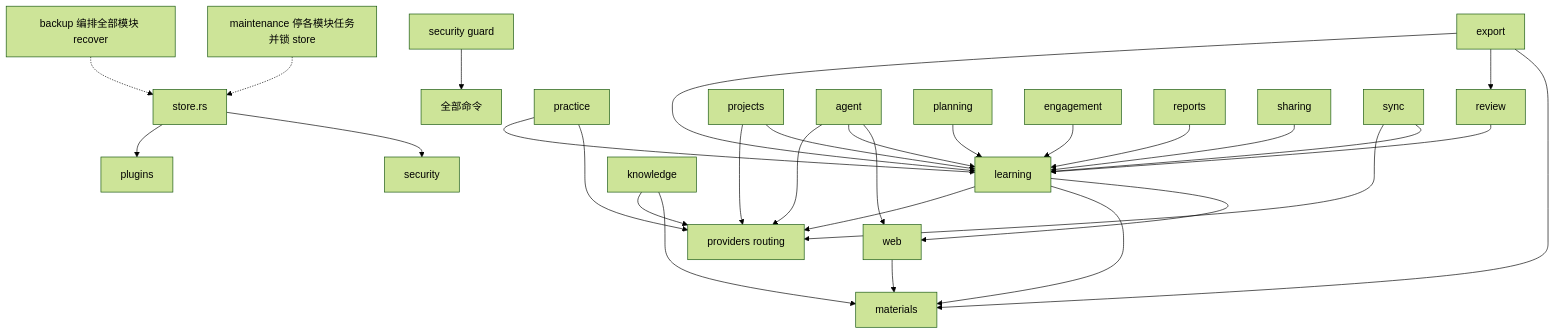
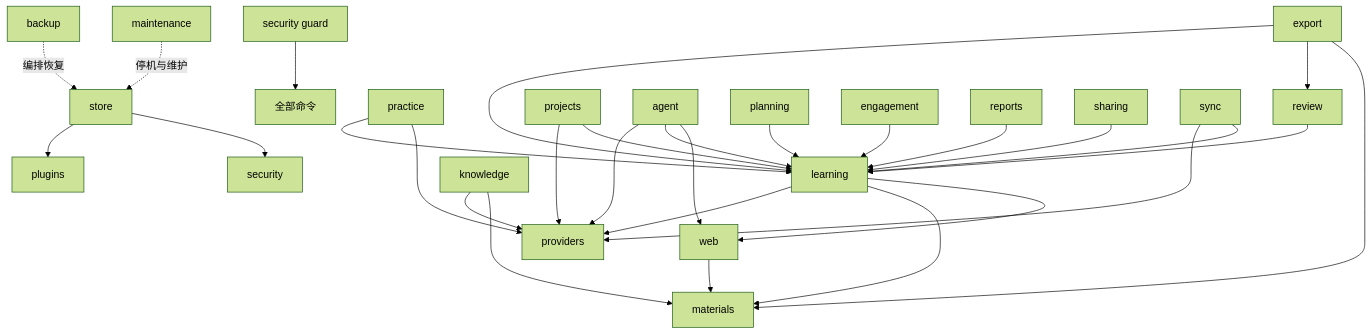
The fifth of 5 diagrams in docs/architecture/01-architecture.md (hershate/Deep-tutor), drawn with Mermaid (forest theme) before and after one commit. The commit also changed other lines of this file and 5 other files, not shown here.

````diff
--- a/docs/architecture/01-architecture.md
+++ b/docs/architecture/01-architecture.md
@@ -225,31 +200,31 @@
 ```mermaid
 graph TD
-    STORE[store.rs] --> PLUGINS[plugins]
+    STORE[store] --> PLUGINS[plugins]
     STORE --> SECURITY[security]
     SEC_GUARD[security guard] --> ALL[全部命令]
-    LEARNING[learning] --> PROVIDERS[providers routing]
+    LEARNING[learning] --> PROVIDERS[providers]
     LEARNING --> MATERIALS[materials]
     LEARNING --> WEB[web]
     PRACTICE[practice] --> LEARNING
     PRACTICE --> PROVIDERS
     REVIEW[review] --> LEARNING
     PROJECTS[projects] --> PROVIDERS
     PROJECTS --> LEARNING
     AGENT[agent] --> PROVIDERS
     AGENT --> LEARNING
     AGENT --> WEB
     KNOWLEDGE[knowledge] --> PROVIDERS
     KNOWLEDGE --> MATERIALS
     PLANNING[planning] --> LEARNING
     ENGAGEMENT[engagement] --> LEARNING
     REPORTS[reports] --> LEARNING
     SHARING[sharing] --> LEARNING
     SYNC[sync] --> PROVIDERS
     SYNC --> LEARNING
-    BACKUP[backup 编排全部模块 recover] -.-> STORE
-    MAINT[maintenance 停各模块任务并锁 store] -.-> STORE
     WEB --> MATERIALS
     EXPORT[export] --> LEARNING
     EXPORT --> REVIEW
     EXPORT --> MATERIALS
+    BACKUP[backup] -. 编排恢复 .-> STORE
+    MAINT[maintenance] -. 停机与维护 .-> STORE
 ```
````
